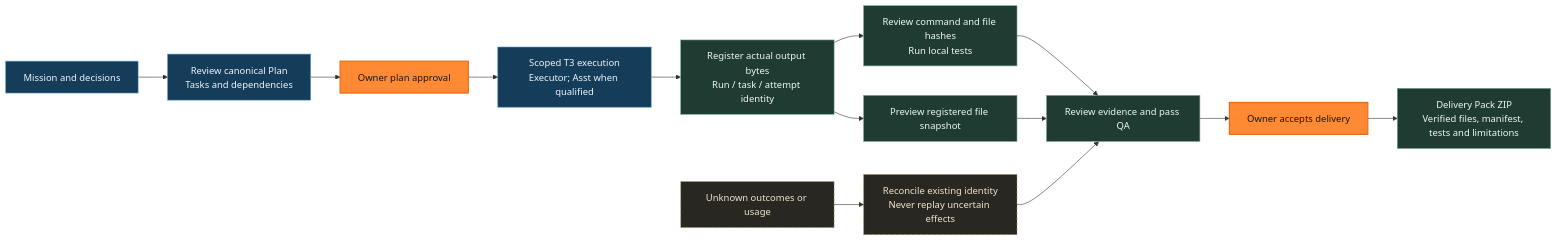
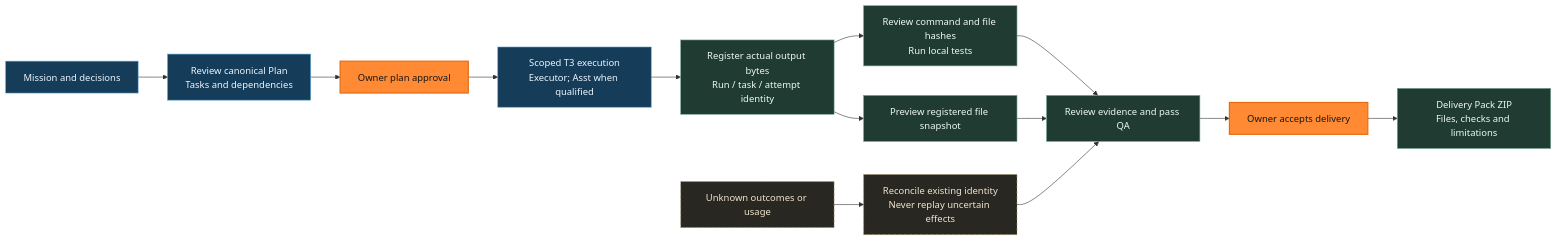
The diagram in docs/media/software-delivery.mmd (siriponsri/forge-agents), drawn with Mermaid before and after one commit. The commit also changed 2 other files, not shown here.

Commit message:
docs: align flow direction and bounded route qualification

```diff
--- a/docs/media/software-delivery.mmd
+++ b/docs/media/software-delivery.mmd
@@ -1,21 +1,21 @@
 flowchart LR
   Brief[Mission and decisions] --> Plan[Review canonical Plan<br/>Tasks and dependencies]
   Plan --> Approve[Owner plan approval]
   Approve --> Execute[Scoped T3 execution<br/>Executor; Asst when qualified]
   Execute --> Register[Register actual output bytes<br/>Run / task / attempt identity]
   Register --> Test[Review command and file hashes<br/>Run local tests]
   Register --> Preview[Preview registered file snapshot]
   Test --> QA[Review evidence and pass QA]
   Preview --> QA
   QA --> Owner[Owner accepts delivery]
-  Owner --> ZIP[Delivery Pack ZIP<br/>Verified files, manifest, tests and limitations]
+  Owner --> ZIP[Delivery Pack ZIP<br/>Files, checks and limitations]
   Unknown[Unknown outcomes or usage] --> Reconcile[Reconcile existing identity<br/>Never replay uncertain effects]
   Reconcile --> QA
   classDef owner fill:#ff8a33,color:#171717,stroke:#e46c14,stroke-width:2px;
   classDef work fill:#153c58,color:#edf6ff,stroke:#4f9bcc;
   classDef evidence fill:#203b32,color:#edf9f2,stroke:#76a88e;
   classDef unknown fill:#292722,color:#efe5cd,stroke:#ad9666,stroke-dasharray:5 4;
   class Approve,Owner owner;
   class Brief,Plan,Execute work;
   class Register,Test,Preview,QA,ZIP evidence;
   class Unknown,Reconcile unknown;
```
